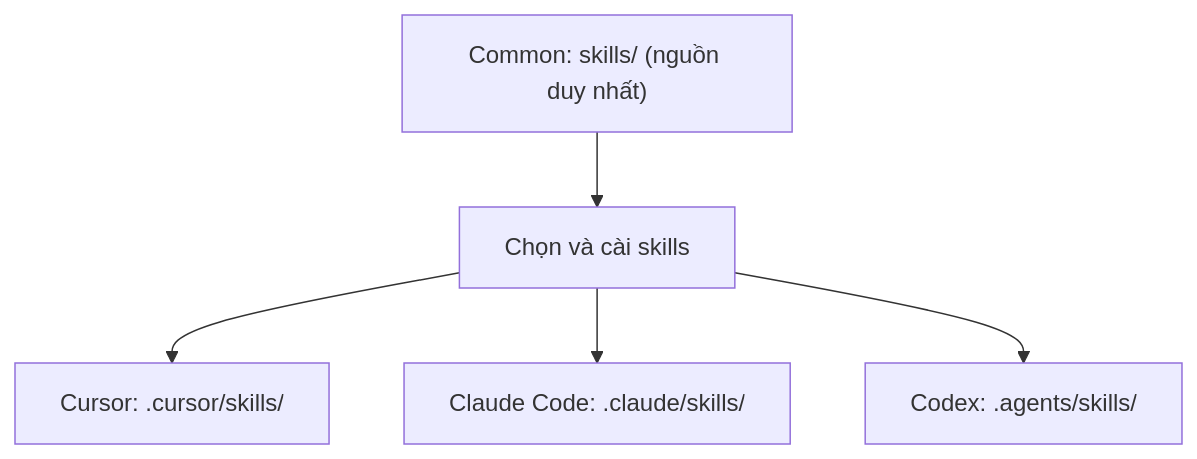
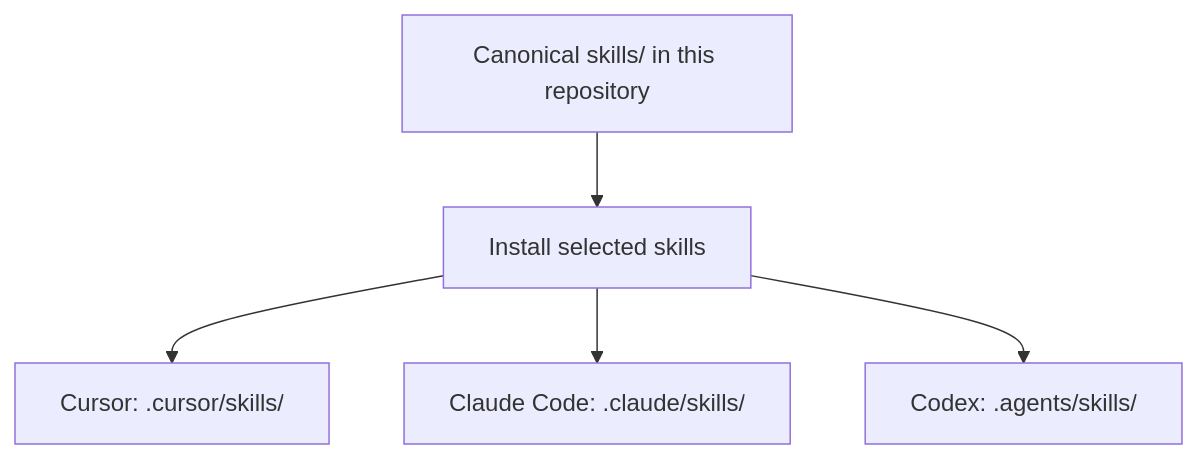
The diagram in README.md (Trinhduyet/dotnet-backend), drawn with Mermaid before and after one commit. The commit also changed other lines of this file and 6 other files, not shown here.

Commit message:
docs: one-command skills install and English README

````diff
--- a/README.md
+++ b/README.md
@@ -11,7 +25,7 @@
 ```mermaid
 flowchart TD
-    A["Common: skills/ (nguồn duy nhất)"] --> B["Chọn và cài skills"]
+    A["Canonical skills/ in this repository"] --> B["Install selected skills"]
     B --> C["Cursor: .cursor/skills/"]
     B --> D["Claude Code: .claude/skills/"]
     B --> E["Codex: .agents/skills/"]
 ```
````
